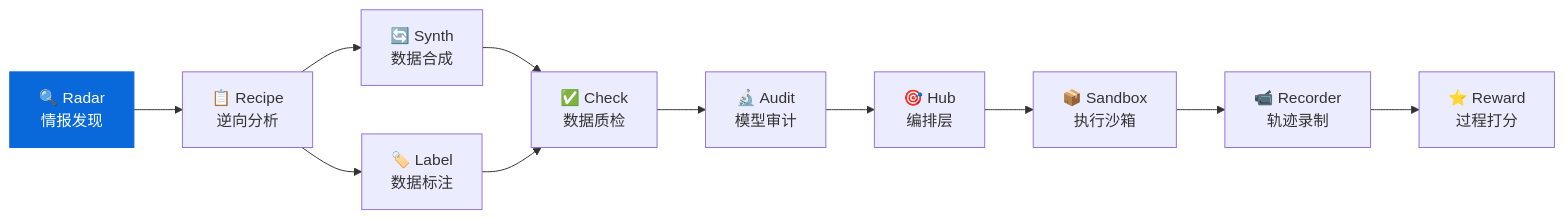
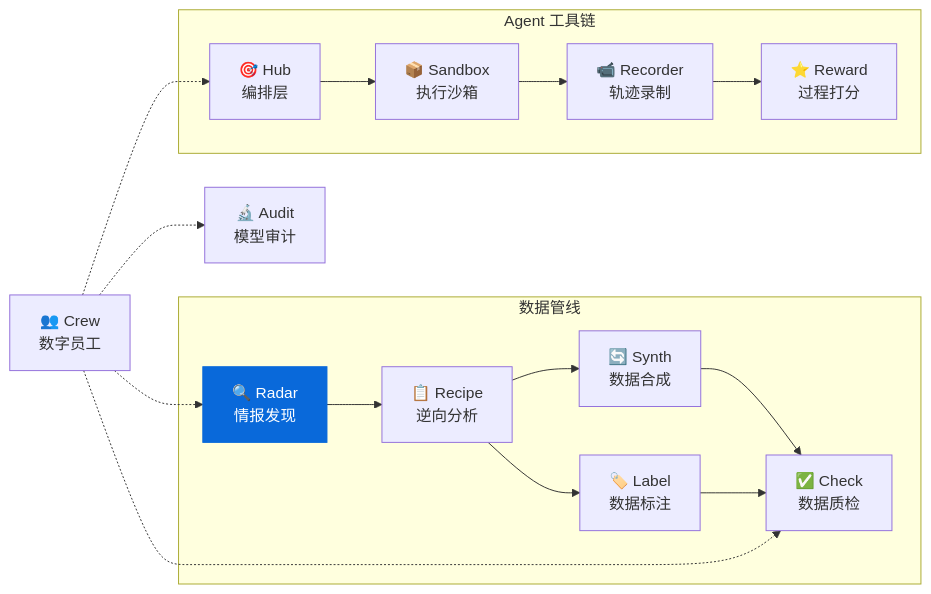
One commit to liuxiaotong/ai-dataset-radar changed the second of 2 diagrams in README.md. Above: the diagram before and after it, drawn with Mermaid. The commit also changed other lines of this file and 1 other file, not shown here.

Commit message:
docs: 更新生态表格和 Mermaid 图，新增 Crew 项目

````diff
--- a/README.md
+++ b/README.md
@@ -218,14 +218,22 @@
 ```mermaid
 graph LR
-    Radar["🔍 Radar<br/>情报发现"] --> Recipe["📋 Recipe<br/>逆向分析"]
-    Recipe --> Synth["🔄 Synth<br/>数据合成"]
-    Recipe --> Label["🏷️ Label<br/>数据标注"]
-    Synth --> Check["✅ Check<br/>数据质检"]
-    Label --> Check
-    Check --> Audit["🔬 Audit<br/>模型审计"]
-    Audit --> Hub["🎯 Hub<br/>编排层"]
-    Hub --> Sandbox["📦 Sandbox<br/>执行沙箱"]
-    Sandbox --> Recorder["📹 Recorder<br/>轨迹录制"]
-    Recorder --> Reward["⭐ Reward<br/>过程打分"]
+    subgraph 数据管线
+        Radar["🔍 Radar<br/>情报发现"] --> Recipe["📋 Recipe<br/>逆向分析"]
+        Recipe --> Synth["🔄 Synth<br/>数据合成"]
+        Recipe --> Label["🏷️ Label<br/>数据标注"]
+        Synth --> Check["✅ Check<br/>数据质检"]
+        Label --> Check
+    end
+    Audit["🔬 Audit<br/>模型审计"]
+    subgraph Agent 工具链
+        Hub["🎯 Hub<br/>编排层"] --> Sandbox["📦 Sandbox<br/>执行沙箱"]
+        Sandbox --> Recorder["📹 Recorder<br/>轨迹录制"]
+        Recorder --> Reward["⭐ Reward<br/>过程打分"]
+    end
+    Crew["👥 Crew<br/>数字员工"]
+    Crew -.-> Radar
+    Crew -.-> Check
+    Crew -.-> Audit
+    Crew -.-> Hub
     style Radar fill:#0969da,color:#fff,stroke:#0969da
 ```
````
